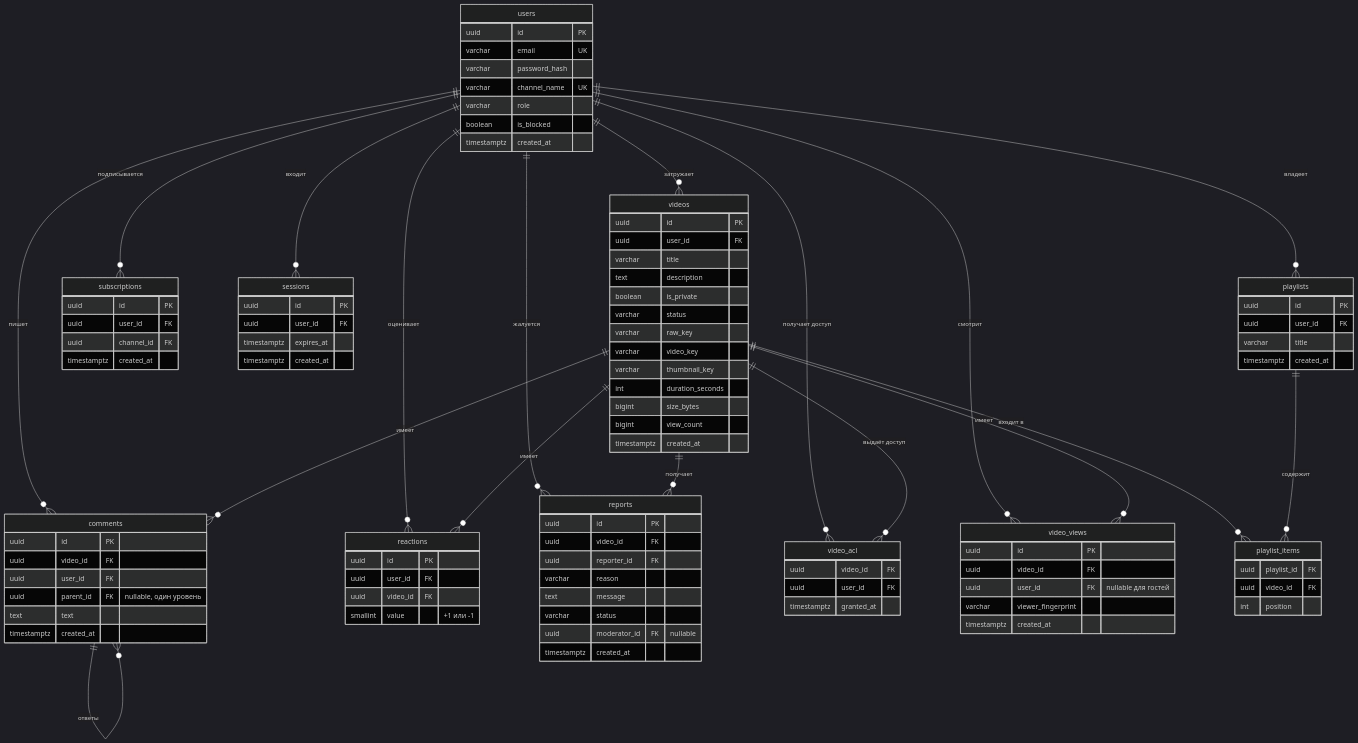
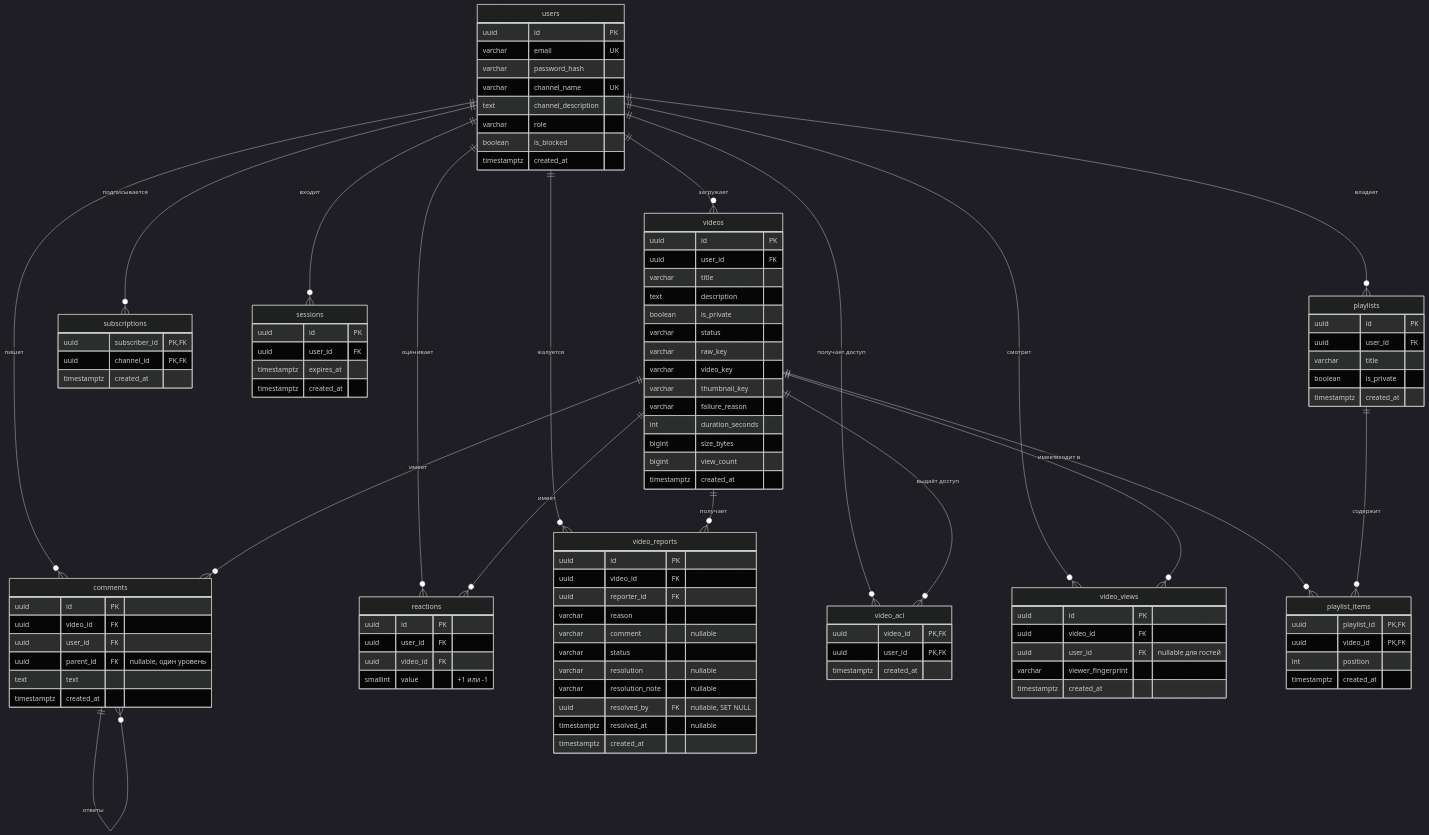
The diagram in docs/db-schema.md (14shagov/tzyoutube), drawn with Mermaid (dark theme) before and after one commit. The commit also changed other lines of this file and 5 other files, not shown here.

Commit message:
docs: этап 3-4 API (3A-3G) — requirements/db-schema/security/plan/status/manual-checks, список маршрутов (3G)

````diff
--- a/docs/db-schema.md
+++ b/docs/db-schema.md
@@ -12,13 +12,13 @@
     users ||--o{ reactions : "оценивает"
     users ||--o{ subscriptions : "подписывается"
     users ||--o{ sessions : "входит"
-    users ||--o{ reports : "жалуется"
+    users ||--o{ video_reports : "жалуется"
     users ||--o{ video_acl : "получает доступ"
     users ||--o{ playlists : "владеет"
     users ||--o{ video_views : "смотрит"
     videos ||--o{ comments : "имеет"
     videos ||--o{ reactions : "имеет"
-    videos ||--o{ reports : "получает"
+    videos ||--o{ video_reports : "получает"
     videos ||--o{ video_acl : "выдаёт доступ"
     videos ||--o{ playlist_items : "входит в"
     videos ||--o{ video_views : "имеет"
@@ -30,6 +30,7 @@
         varchar email UK
         varchar password_hash
         varchar channel_name UK
+        text channel_description
         varchar role
         boolean is_blocked
         timestamptz created_at
@@ -50,6 +51,7 @@
         varchar raw_key
         varchar video_key
         varchar thumbnail_key
+        varchar failure_reason
         int duration_seconds
         bigint size_bytes
         bigint view_count
@@ -77,35 +79,39 @@
         timestamptz created_at
     }
     subscriptions {
-        uuid id PK
-        uuid user_id FK
-        uuid channel_id FK
+        uuid subscriber_id PK,FK
+        uuid channel_id PK,FK
         timestamptz created_at
     }
     playlists {
         uuid id PK
         uuid user_id FK
         varchar title
+        boolean is_private
         timestamptz created_at
     }
     playlist_items {
-        uuid playlist_id FK
-        uuid video_id FK
+        uuid playlist_id PK,FK
+        uuid video_id PK,FK
         int position
+        timestamptz created_at
     }
-    reports {
+    video_reports {
         uuid id PK
         uuid video_id FK
         uuid reporter_id FK
         varchar reason
-        text message
+        varchar comment "nullable"
         varchar status
-        uuid moderator_id FK "nullable"
+        varchar resolution "nullable"
+        varchar resolution_note "nullable"
+        uuid resolved_by FK "nullable, SET NULL"
+        timestamptz resolved_at "nullable"
         timestamptz created_at
     }
     video_acl {
-        uuid video_id FK
-        uuid user_id FK
-        timestamptz granted_at
+        uuid video_id PK,FK
+        uuid user_id PK,FK
+        timestamptz created_at
     }
 ```
````
